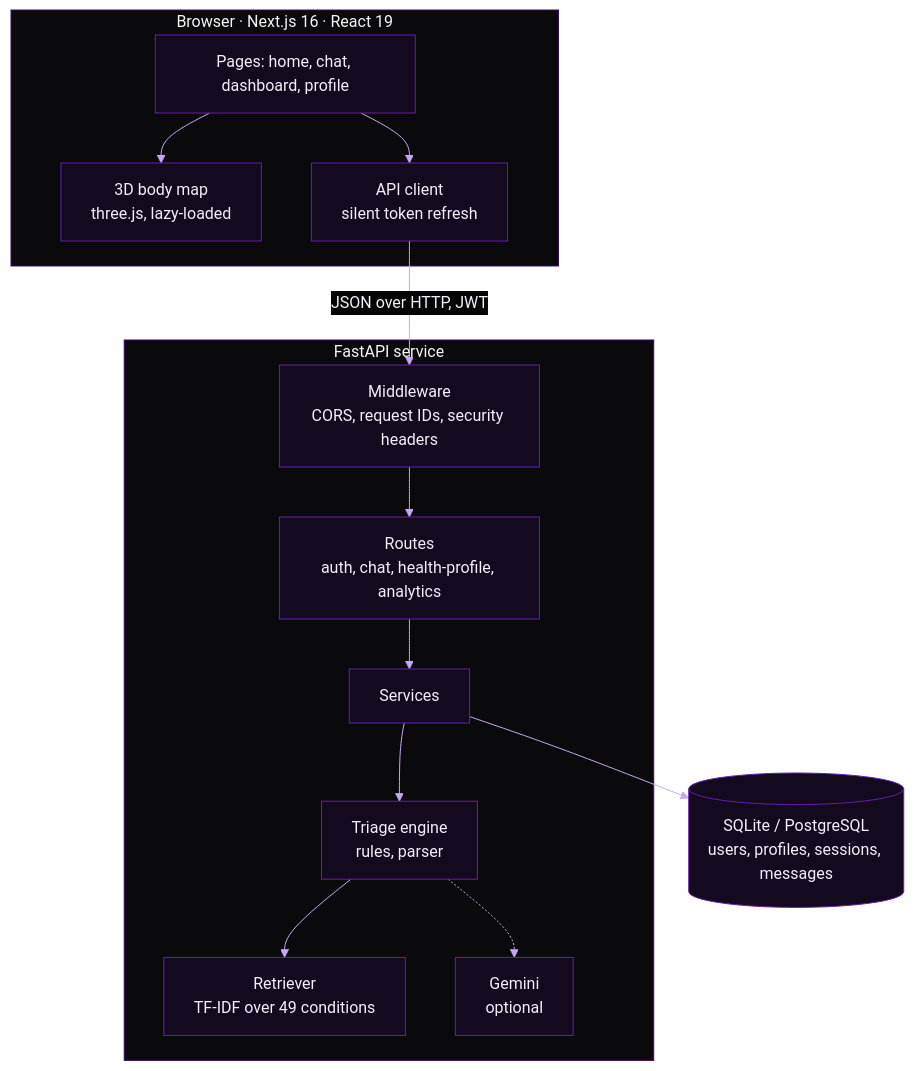
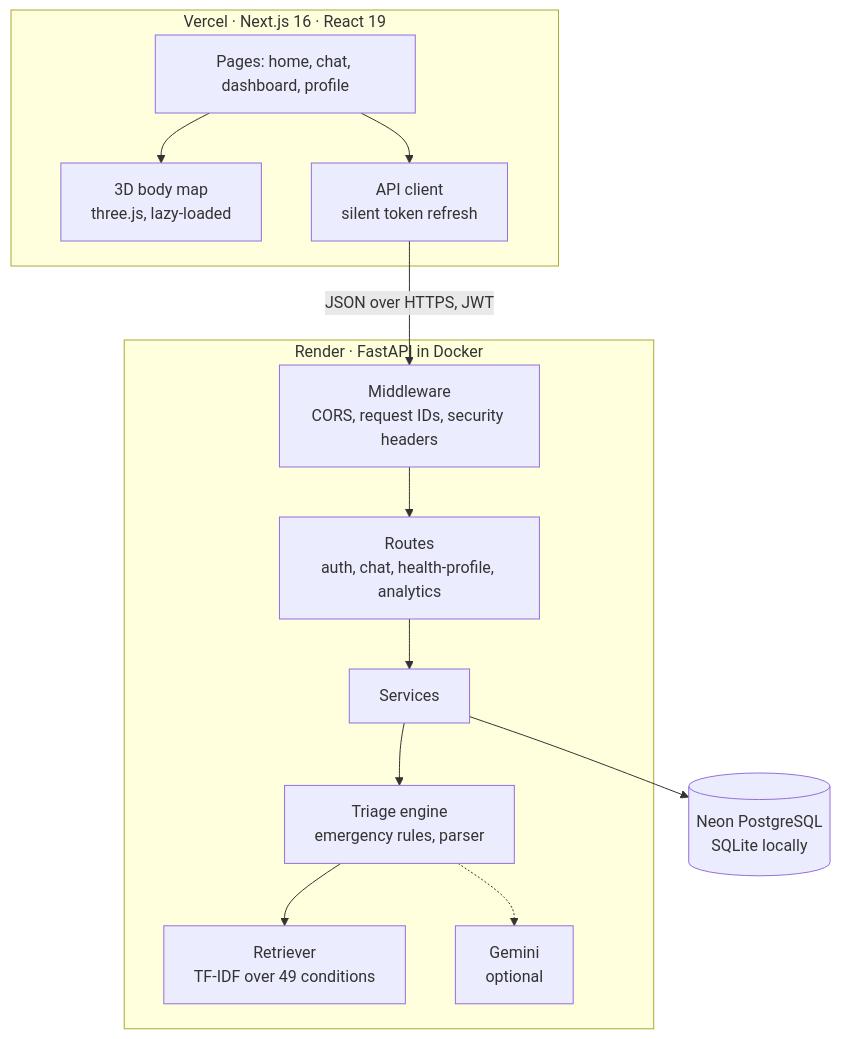
Before and after one commit to sarthaksaxenaa/CareNexus: the third of 4 diagrams in README.md, drawn with Mermaid. The commit also changed other lines of this file, not shown here.

````diff
--- a/README.md
+++ b/README.md
@@ -125,24 +186,23 @@
 ```mermaid
-%%{init: {'theme':'base','themeVariables':{'background':'#050505','primaryColor':'#140a20','primaryTextColor':'#f4effa','primaryBorderColor':'#6420a8','lineColor':'#c7a8f0','edgeLabelBackground':'#050505','secondaryColor':'#0a090c','tertiaryColor':'#0a090c','clusterBkg':'#0a090c','clusterBorder':'#3b0a6b','fontFamily':'Georgia, serif'}}}%%
 flowchart TB
-    subgraph Browser["Browser · Next.js 16 · React 19"]
+    subgraph Vercel["Vercel · Next.js 16 · React 19"]
         UI[Pages: home, chat, dashboard, profile]
         BM[3D body map<br/>three.js, lazy-loaded]
         AC[API client<br/>silent token refresh]
     end
-    subgraph API["FastAPI service"]
+    subgraph Render["Render · FastAPI in Docker"]
         MW[Middleware<br/>CORS, request IDs, security headers]
         RT[Routes<br/>auth, chat, health-profile, analytics]
         SV[Services]
-        TE[Triage engine<br/>rules, parser]
+        TE[Triage engine<br/>emergency rules, parser]
         RAG[Retriever<br/>TF-IDF over 49 conditions]
         LLM[Gemini<br/>optional]
     end
-    DB[(SQLite / PostgreSQL<br/>users, profiles, sessions, messages)]
+    DB[(Neon PostgreSQL<br/>SQLite locally)]
     UI --> AC
     UI --> BM
-    AC -- "JSON over HTTP, JWT" --> MW --> RT --> SV
+    AC -- "JSON over HTTPS, JWT" --> MW --> RT --> SV
     SV --> TE --> RAG
     TE -.-> LLM
     SV --> DB
 ```
````
